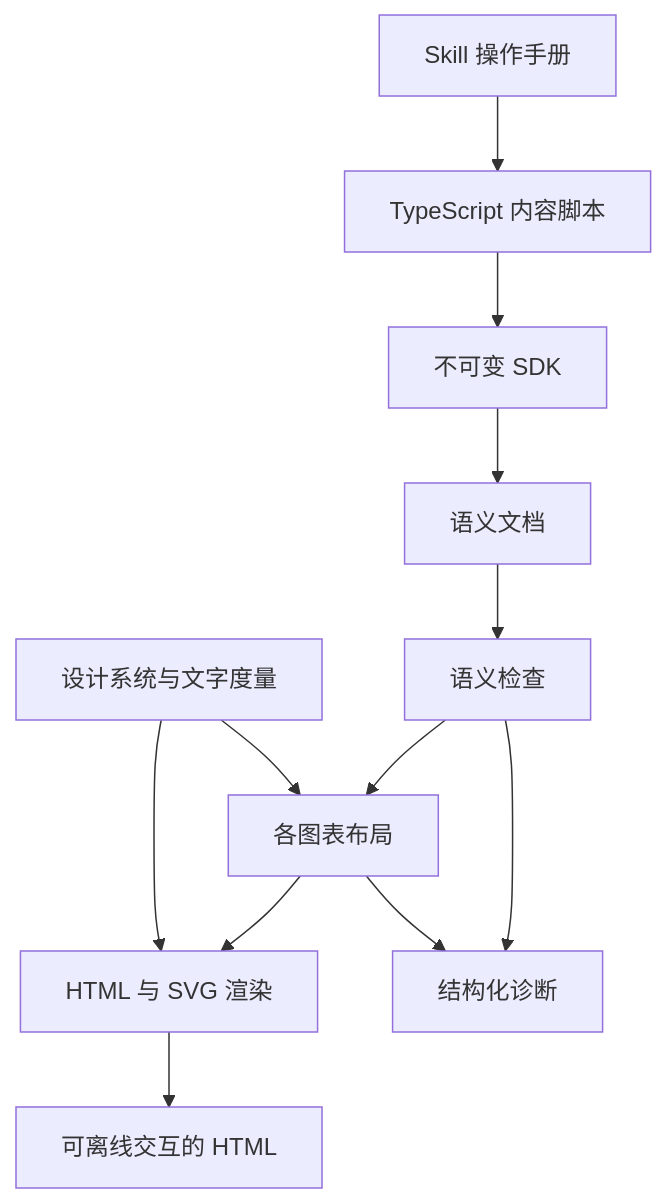
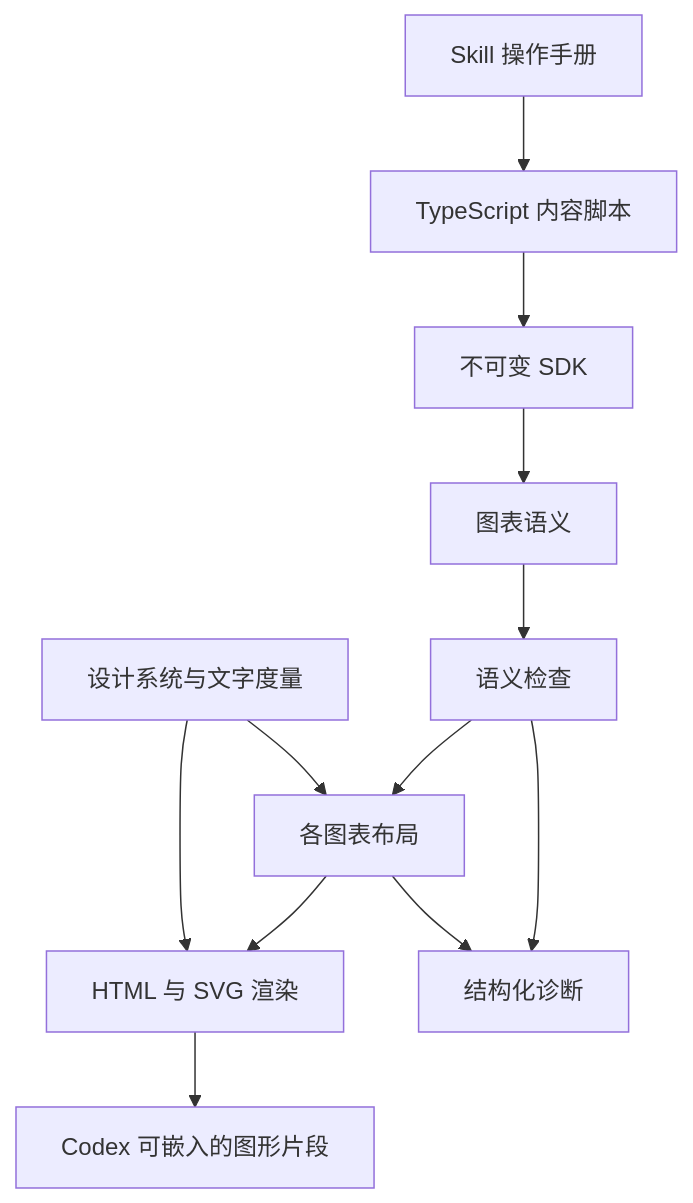
One commit to woxQAQ/visualize-skill changed the diagram in docs/architecture.md. Above: the diagram before and after it, drawn with Mermaid. The commit also changed other lines of this file and 53 other files, not shown here.

````diff
--- a/docs/architecture.md
+++ b/docs/architecture.md
@@ -5,14 +5,14 @@
 ```mermaid
 flowchart TD
     Skill[Skill 操作手册] --> JS[TypeScript 内容脚本]
     JS --> SDK[不可变 SDK]
-    SDK --> Semantic[语义文档]
+    SDK --> Semantic[图表语义]
     Semantic --> Validate[语义检查]
     Validate --> Layout[各图表布局]
     Layout --> Render[HTML 与 SVG 渲染]
-    Render --> Output[可离线交互的 HTML]
+    Render --> Output[Codex 可嵌入的图形片段]
     Theme[设计系统与文字度量] --> Layout
     Theme --> Render
     Validate --> Diagnostic[结构化诊断]
     Layout --> Diagnostic
 ```
````
